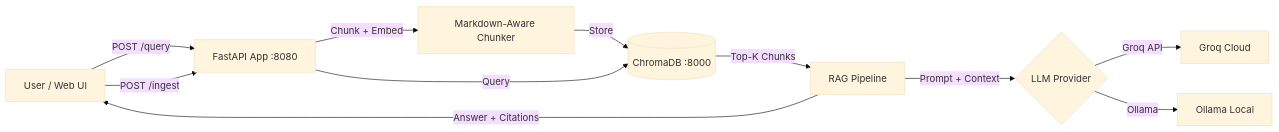
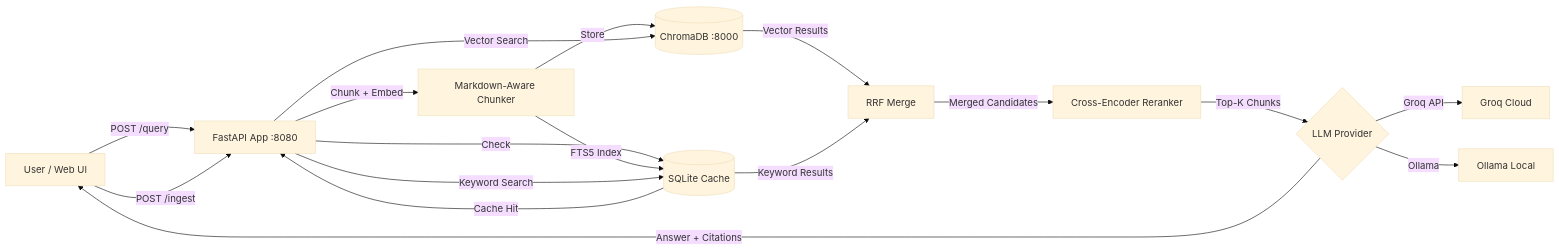
Before and after one commit to Oneseccc/simple-rag: the diagram in README.md, drawn with Mermaid (base theme). The commit also changed other lines of this file and 3 other files, not shown here.

````diff
--- a/README.md
+++ b/README.md
@@ -7,13 +7,19 @@
 ```mermaid
 graph LR
     User[User / Web UI] -->|POST /query| API[FastAPI App :8080]
     User -->|POST /ingest| API
+    API -->|Check| Cache[(SQLite Cache)]
+    Cache -->|Cache Hit| API
     API -->|Chunk + Embed| Chunker[Markdown-Aware Chunker]
     Chunker -->|Store| ChromaDB[(ChromaDB :8000)]
-    API -->|Query| ChromaDB
-    ChromaDB -->|Top-K Chunks| RAG[RAG Pipeline]
-    RAG -->|Prompt + Context| LLM{LLM Provider}
+    Chunker -->|FTS5 Index| Cache
+    API -->|Vector Search| ChromaDB
+    API -->|Keyword Search| Cache
+    ChromaDB -->|Vector Results| RRF[RRF Merge]
+    Cache -->|Keyword Results| RRF
+    RRF -->|Merged Candidates| Reranker[Cross-Encoder Reranker]
+    Reranker -->|Top-K Chunks| LLM{LLM Provider}
     LLM -->|Groq API| Groq[Groq Cloud]
     LLM -->|Ollama| Ollama[Ollama Local]
-    RAG -->|Answer + Citations| User
+    LLM -->|Answer + Citations| User
 ```
````
